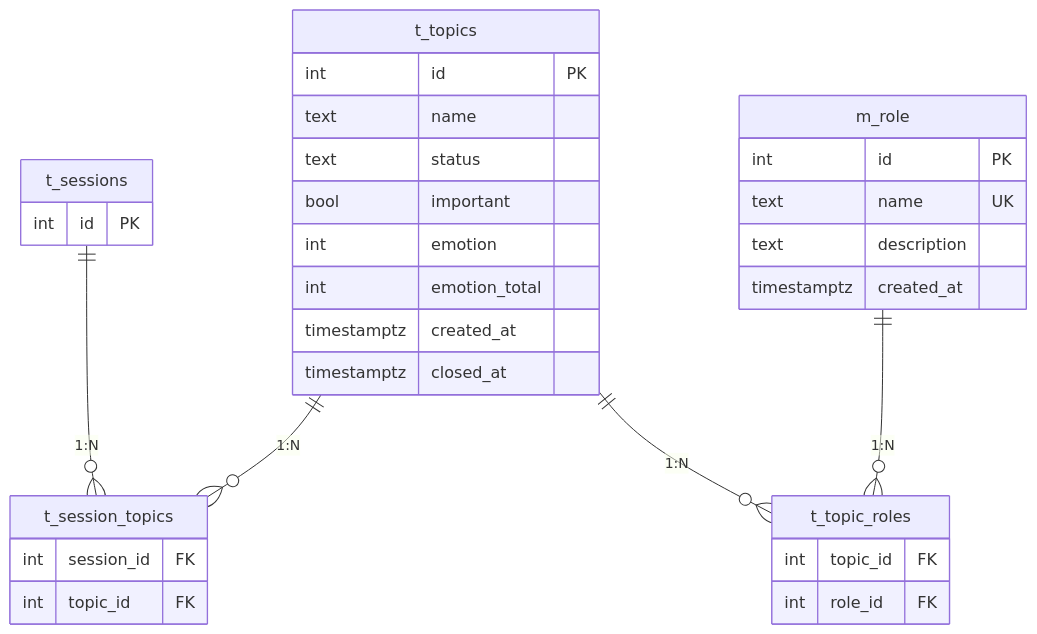
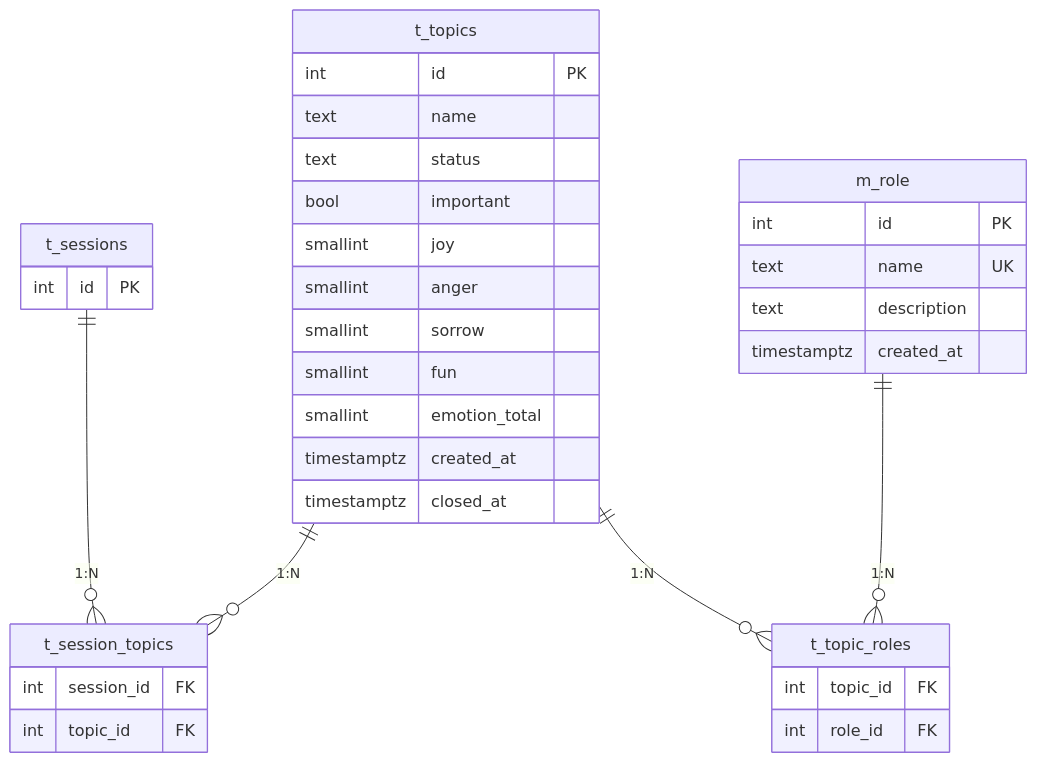
One commit to natosepia/lisanima changed the second of 4 diagrams in docs/04_schema.md. Above: the diagram before and after it, drawn with Mermaid. The commit also changed other lines of this file, not shown here.

Commit message:
DBスキーマ設計改訂: emotion 4カラム独立化 + 03仕様反映

````diff
--- a/docs/04_schema.md
+++ b/docs/04_schema.md
@@ -65,39 +68,42 @@
 ```mermaid
 erDiagram
     t_sessions ||--o{ t_session_topics : "1:N"
     t_topics ||--o{ t_session_topics : "1:N"
     t_topics ||--o{ t_topic_roles : "1:N"
     m_role ||--o{ t_topic_roles : "1:N"
 
     t_sessions {
         int id PK
     }
 
     t_topics {
         int id PK
         text name
         text status
         bool important
-        int emotion
-        int emotion_total
+        smallint joy
+        smallint anger
+        smallint sorrow
+        smallint fun
+        smallint emotion_total
         timestamptz created_at
         timestamptz closed_at
     }
 
     t_session_topics {
         int session_id FK
         int topic_id FK
     }
 
     m_role {
         int id PK
         text name UK
         text description
         timestamptz created_at
     }
 
     t_topic_roles {
         int topic_id FK
         int role_id FK
     }
 ```
````
